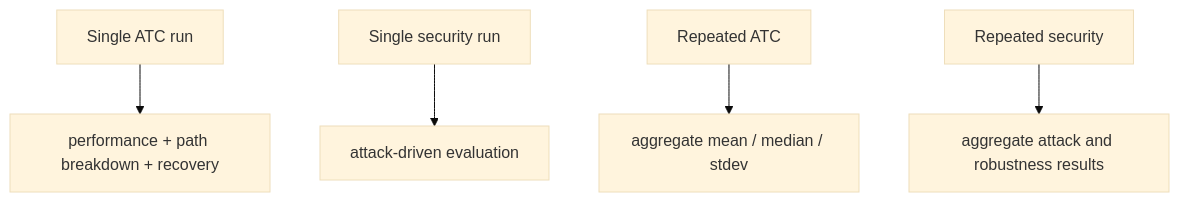
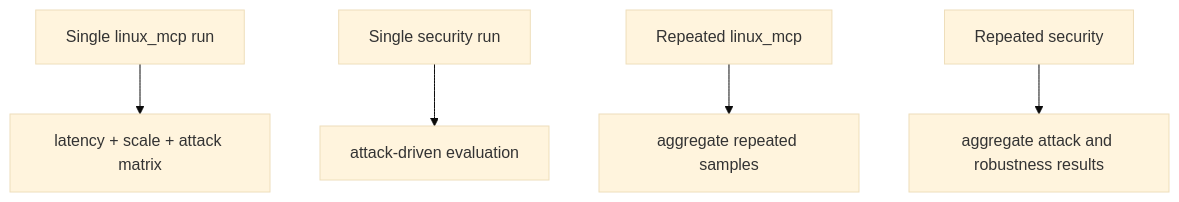
The fourth of 4 diagrams in README.md (xiheng724/linux_mcp), drawn with Mermaid (base theme) before and after one commit. The commit also changed other lines of this file and 218 other files, not shown here.

````diff
--- a/README.md
+++ b/README.md
@@ -344,7 +344,7 @@
 ```mermaid
 flowchart TB
-    A[Single ATC run] --> A1[performance + path breakdown + recovery]
+    A[Single linux_mcp run] --> A1[latency + scale + attack matrix]
     B[Single security run] --> B1[attack-driven evaluation]
-    C[Repeated ATC] --> C1[aggregate mean / median / stdev]
+    C[Repeated linux_mcp] --> C1[aggregate repeated samples]
     D[Repeated security] --> D1[aggregate attack and robustness results]
 ```
````
